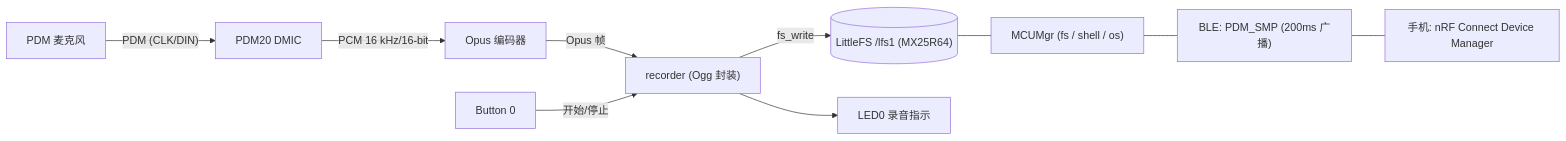
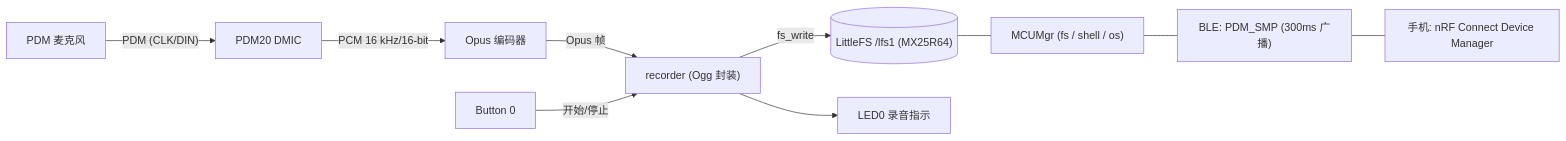
Before and after one commit to Jayant-Tang/nrf54l_pdm_opus_recorder: the diagram in README_zh.md, drawn with Mermaid. The commit also changed other lines of this file and 4 other files, not shown here.

````diff
--- a/README_zh.md
+++ b/README_zh.md
@@ -12,12 +12,12 @@
 ```mermaid
 flowchart LR
     mic["PDM 麦克风"] -->|"PDM (CLK/DIN)"| pdm["PDM20 DMIC"]
     pdm -->|"PCM 16 kHz/16-bit"| enc["Opus 编码器"]
     enc -->|"Opus 帧"| rec["recorder (Ogg 封装)"]
     rec -->|"fs_write"| lfs[("LittleFS /lfs1 (MX25R64)")]
     btn["Button 0"] -->|"开始/停止"| rec
     rec --> led0["LED0 录音指示"]
     lfs --- smp["MCUMgr (fs / shell / os)"]
-    smp --- ble["BLE: PDM_SMP (200ms 广播)"]
+    smp --- ble["BLE: PDM_SMP (300ms 广播)"]
     ble --- phone["手机: nRF Connect Device Manager"]
 ```
````
